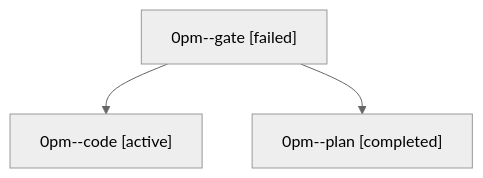
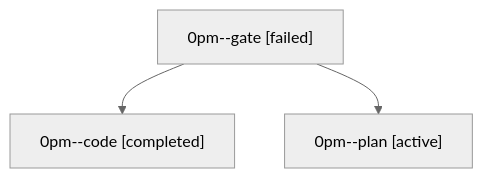
Before and after one commit to sase-org/sase--agents: the diagram in families/bbugyi200.athena.0pm.md, drawn with Mermaid (neutral theme). The commit also changed other lines of this file and 35830 other files, not shown here.

````diff
--- a/families/bbugyi200.athena.0pm.md
+++ b/families/bbugyi200.athena.0pm.md
@@ -9,8 +9,8 @@
 ```mermaid
 flowchart TD
   n0["0pm--gate [failed]"]
-  n1["0pm--code [active]"]
+  n1["0pm--code [completed]"]
   n0 --> n1
-  n2["0pm--plan [completed]"]
+  n2["0pm--plan [active]"]
   n0 --> n2
 ```
````
